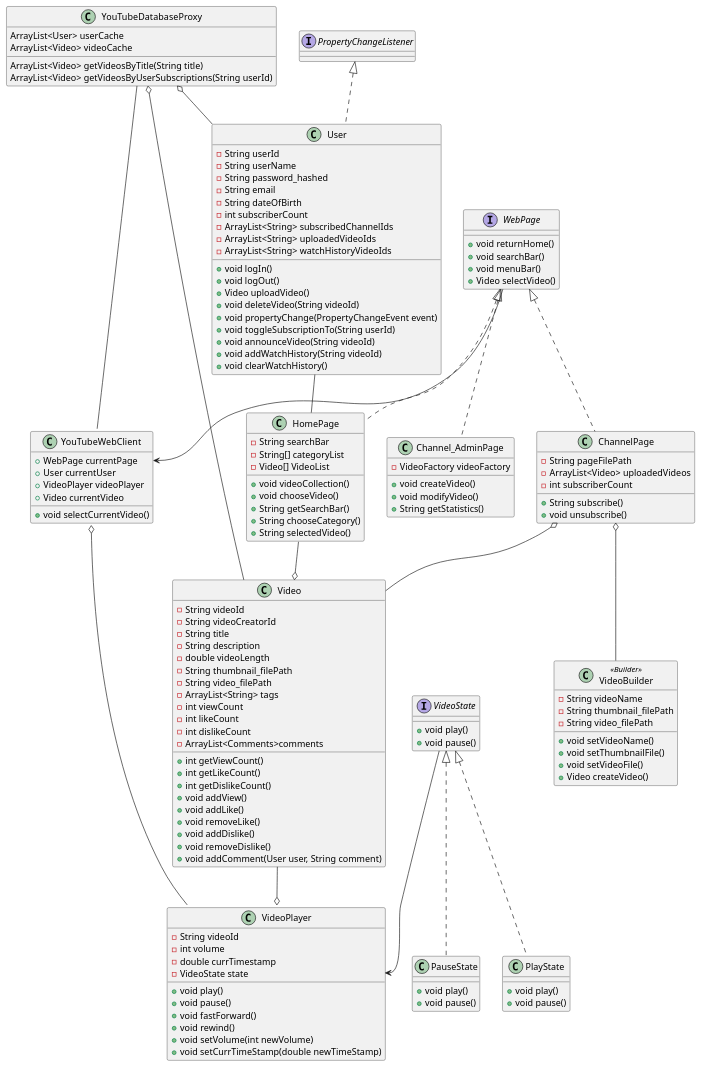
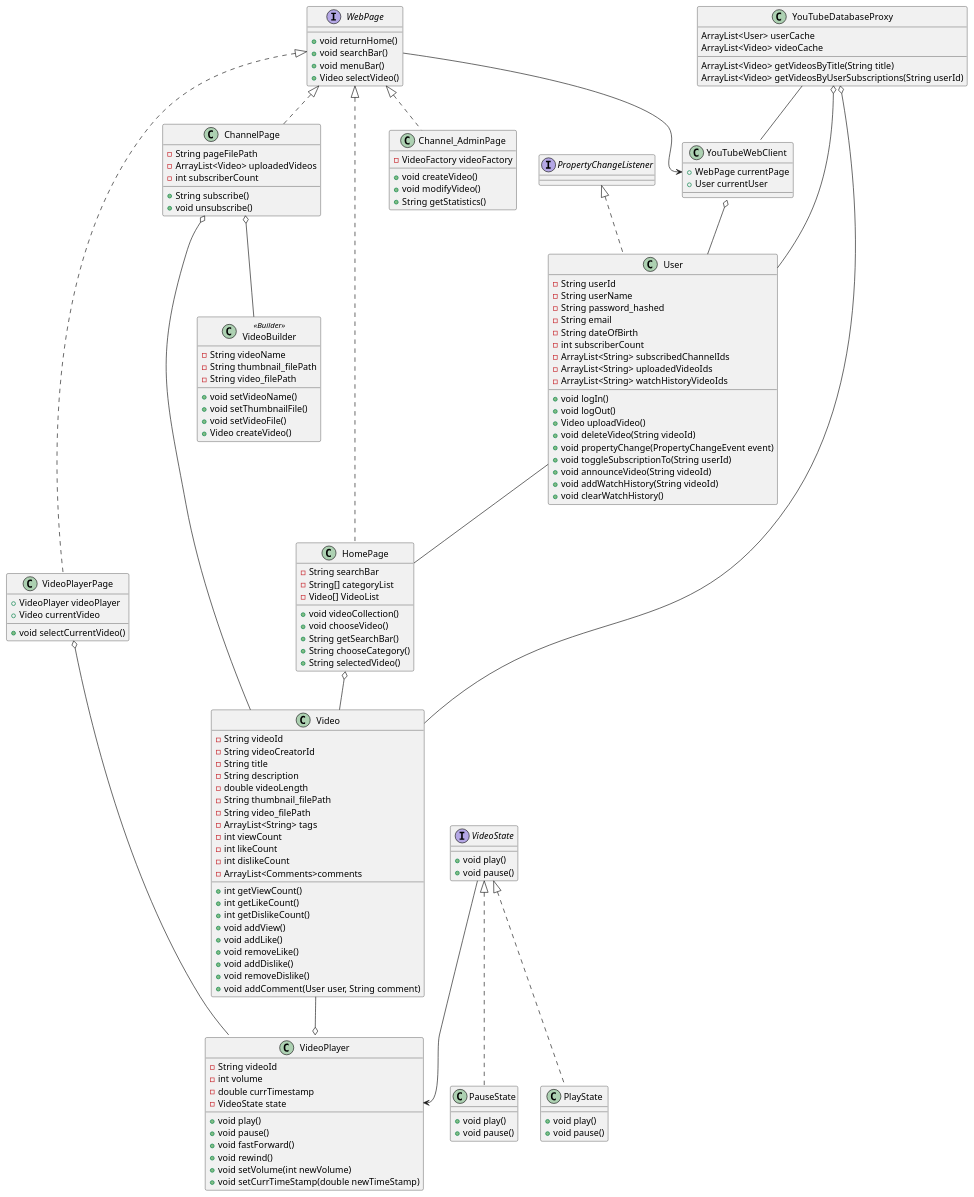
Before and after one commit to HsiehGrace/CS5800_Quiz3: the diagram in Youtube_ClassDiagram.puml, drawn with PlantUML.

Commit message:
added videoPlayerPage

```diff
--- a/Youtube_ClassDiagram.puml
+++ b/Youtube_ClassDiagram.puml
@@ -1,156 +1,161 @@
 @startuml
 
 class User implements PropertyChangeListener{
     -String userId
     -String userName
     -String password_hashed
     -String email
     -String dateOfBirth
     -int subscriberCount
     -ArrayList<String> subscribedChannelIds
     -ArrayList<String> uploadedVideoIds
     -ArrayList<String> watchHistoryVideoIds
 
     +void logIn()
     +void logOut()
     +Video uploadVideo()
     +void deleteVideo(String videoId)
     +void propertyChange(PropertyChangeEvent event)
     +void toggleSubscriptionTo(String userId)
     +void announceVideo(String videoId)
     +void addWatchHistory(String videoId)
     +void clearWatchHistory()
 }
 
 class Video{
     -String videoId
     -String videoCreatorId
     -String title
     -String description
     -double videoLength
     -String thumbnail_filePath
     -String video_filePath
     -ArrayList<String> tags
     -int viewCount
     -int likeCount
     -int dislikeCount
     -ArrayList<Comments>comments
 
     +int getViewCount()
     +int getLikeCount()
     +int getDislikeCount()
     +void addView()
     +void addLike()
     +void removeLike()
     +void addDislike()
     +void removeDislike()
     +void addComment(User user, String comment)
 }
 
 class VideoBuilder <<Builder>>{
     -String videoName
     -String thumbnail_filePath
     -String video_filePath
     +void setVideoName()
     +void setThumbnailFile()
     +void setVideoFile()
     +Video createVideo()
 }
 
 class YouTubeDatabaseProxy {
     ArrayList<User> userCache
     ArrayList<Video> videoCache
 
     ArrayList<Video> getVideosByTitle(String title)
     ArrayList<Video> getVideosByUserSubscriptions(String userId)
 }
 
 class VideoPlayer{
     -String videoId
     -int volume
     -double currTimestamp
     -VideoState state
 
     +void play()
     +void pause()
     +void fastForward()
     +void rewind()
     +void setVolume(int newVolume)
     +void setCurrTimeStamp(double newTimeStamp)
 }
 
 interface VideoState {
     +void play()
     +void pause()
 }
 
 class PlayState implements VideoState {
     +void play()
     +void pause()
 }
 
 class PauseState implements VideoState {
     +void play()
     +void pause()
 }
 
 class YouTubeWebClient {
     +WebPage currentPage
     +User currentUser
-    +VideoPlayer videoPlayer
-    +Video currentVideo
-    +void selectCurrentVideo()
 }
 
 interface WebPage {
     +void returnHome()
     +void searchBar()
     +void menuBar()
     +Video selectVideo()
 }
 
 class ChannelPage implements WebPage{
     -String pageFilePath
     -ArrayList<Video> uploadedVideos
     -int subscriberCount
     +String subscribe()
     +void unsubscribe()
 }
 
 class Channel_AdminPage implements WebPage{
     -VideoFactory videoFactory
     +void createVideo()
     +void modifyVideo()
     +String getStatistics()
 }
 
 class HomePage implements WebPage{
     -String searchBar
     -String[] categoryList
     -Video[] VideoList
     +void videoCollection()
     +void chooseVideo()
     +String getSearchBar()
     +String chooseCategory()
     +String selectedVideo()
 }
 
+class VideoPlayerPage implements WebPage {
+    +VideoPlayer videoPlayer
+    +Video currentVideo
+    +void selectCurrentVideo()
+}
+
 Video --o VideoPlayer
 
-HomePage --o Video
+HomePage o-- Video
 
 User -- HomePage
 
 YouTubeDatabaseProxy o-- User
 YouTubeDatabaseProxy o-- Video
 YouTubeDatabaseProxy -- YouTubeWebClient
 
-YouTubeWebClient o-- VideoPlayer
+YouTubeWebClient o-- User
+
+VideoPlayerPage o-- VideoPlayer
 
 VideoState --> VideoPlayer::state
 WebPage --> YouTubeWebClient::currentPage
 
 ChannelPage o-- VideoBuilder
 ChannelPage o-- Video
 
 @enduml
```
